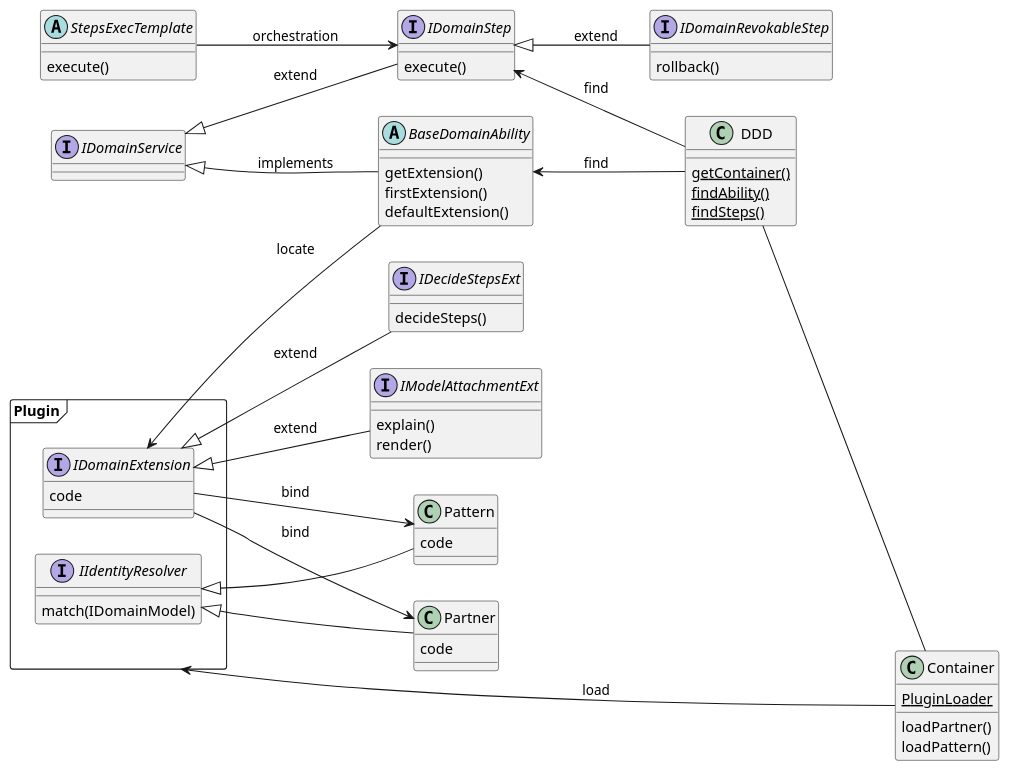
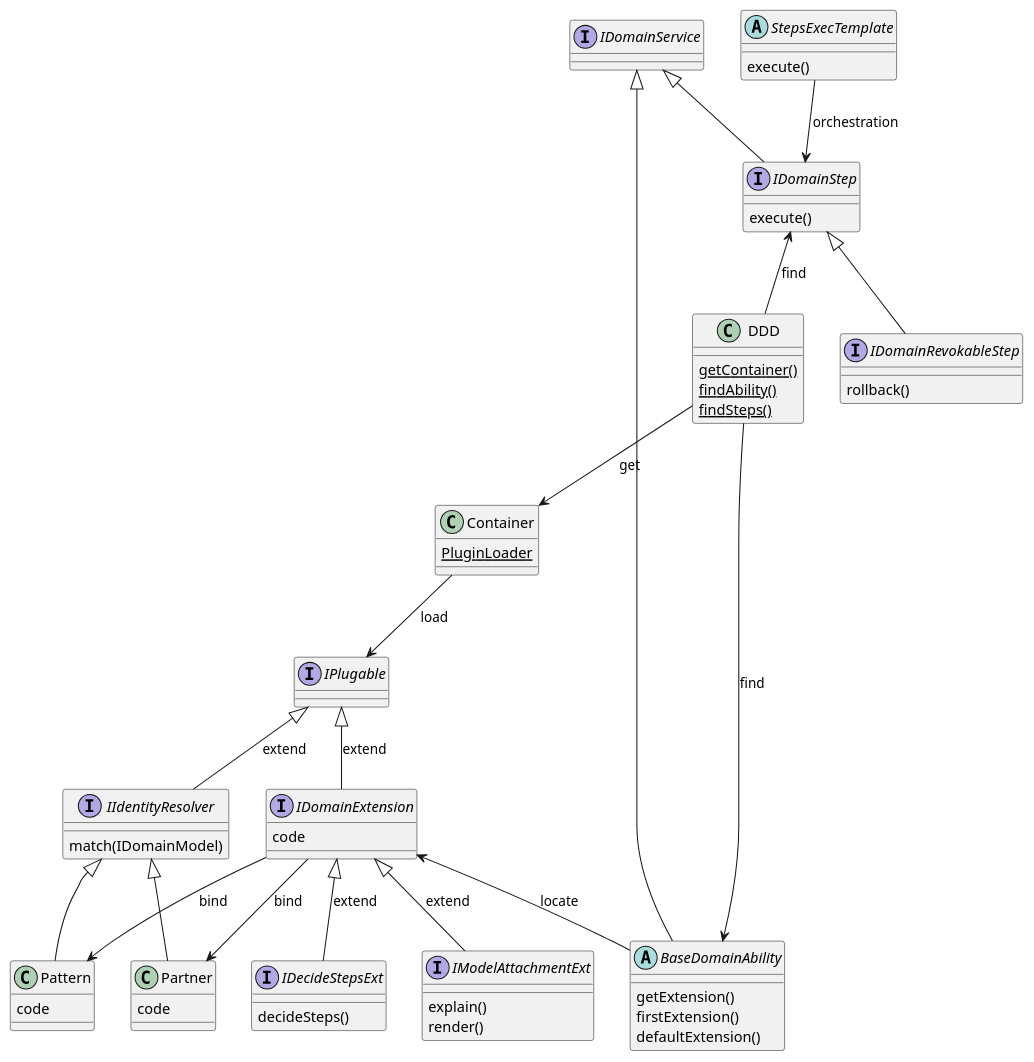
One commit to funkygao/cp-ddd-framework changed the diagram in doc/classes.puml. Above: the diagram before and after it, drawn with PlantUML. The commit also changed 4 other files, not shown here.

```diff
--- a/doc/classes.puml
+++ b/doc/classes.puml
@@ -1,61 +1,59 @@
 @startuml
 skinparam handwritten false
 skinparam shadowing<<with_shadow>> true
-left to right direction
 
 interface IDomainService
 interface IDomainStep
 IDomainStep : execute()
 interface IDecideStepsExt
 interface IDomainRevokableStep
 IDomainRevokableStep : rollback()
-package Plugin <<Frame>> {
-    interface IIdentityResolver
-    interface IDomainExtension
-}
+interface IIdentityResolver
+interface IDomainExtension
+interface IPlugable
+IPlugable <|-- IDomainExtension: extend
+IPlugable <|-- IIdentityResolver: extend
 interface IModelAttachmentExt
 IModelAttachmentExt : explain()
 IModelAttachmentExt : render()
 abstract StepsExecTemplate
 abstract BaseDomainAbility
 BaseDomainAbility : getExtension()
 BaseDomainAbility : firstExtension()
 BaseDomainAbility : defaultExtension()
 StepsExecTemplate : execute()
 DDD : {static} getContainer()
 DDD : {static} findAbility()
 DDD : {static} findSteps()
 IDecideStepsExt : decideSteps()
 IIdentityResolver : match(IDomainModel)
 
-IDomainService <|-- IDomainStep: extend
-IDomainStep <|-- IDomainRevokableStep: extend
-IDomainService <|-- BaseDomainAbility: implements
+IDomainService <|-- IDomainStep
+IDomainStep <|-- IDomainRevokableStep
+IDomainService <|-- BaseDomainAbility
 
 IDomainExtension <|-- IDecideStepsExt: extend
 IDomainExtension <|-- IModelAttachmentExt: extend
 
 IIdentityResolver <|-- Pattern
 IIdentityResolver <|-- Partner
 
 BaseDomainAbility <-- DDD: find
 IDomainStep <-- DDD: find
 
 IDomainExtension <-- BaseDomainAbility: locate
 
 IDomainExtension --> Pattern: bind
 IDomainExtension --> Partner: bind
 
-DDD -- Container
+DDD --> Container : get
 Container : {static} PluginLoader
-Container : loadPartner()
-Container : loadPattern()
 
-Container --> Plugin : load
+Container --> IPlugable : load
 
 Partner : code
 Pattern : code
 IDomainExtension : code
 
 StepsExecTemplate --> IDomainStep: orchestration
 @enduml
```
